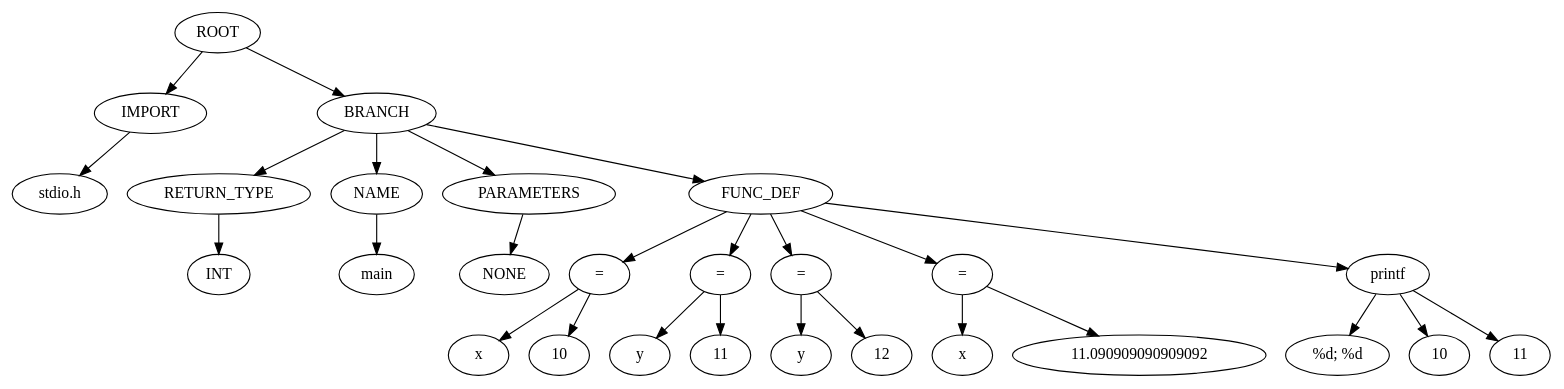
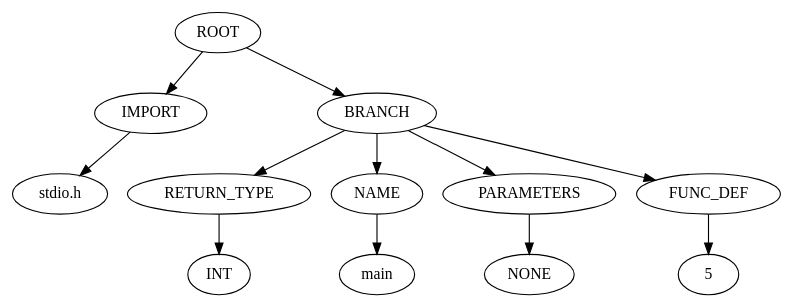
The diagram in project1/files/GeneratedAST/inputfile_graph1.gv (InteVleminckx/Compilers), drawn with Graphviz before and after one commit. The commit also changed 6 other files, not shown here.

```diff
--- a/project1/files/GeneratedAST/inputfile_graph1.gv
+++ b/project1/files/GeneratedAST/inputfile_graph1.gv
@@ -1,54 +1,24 @@
 strict digraph G{
 l11[label = "IMPORT"]
 l111[label = "BRANCH"]
 "ROOT"->"l11"
 l11131[label = "stdio.h"]
 "l11"->l11131
 "ROOT"->"l111"
 l111331[label = "RETURN_TYPE"]
 l1113311[label = "NAME"]
 l11133111[label = "PARAMETERS"]
 l111331111[label = "FUNC_DEF"]
 "l111"->"l111331"
 l11133111131[label = "INT"]
 "l111331"->l11133111131
 "l111"->"l1113311"
 l111331111331[label = "main"]
 "l1113311"->l111331111331
 "l111"->"l11133111"
 l1113311113331[label = "NONE"]
 "l11133111"->l1113311113331
 "l111"->"l111331111"
-l11133111133331[label = "="]
-l111331111333311[label = "="]
-l1113311113333111[label = "="]
-l11133111133331111[label = "="]
-l111331111333311111[label = "printf"]
-"l111331111"->"l11133111133331"
-l11133111133331111131[label = "x"]
-l111331111333311111311[label = "10"]
-"l11133111133331"->l11133111133331111131
-"l11133111133331"->l111331111333311111311
-"l111331111"->"l111331111333311"
-l111331111333311111331[label = "y"]
-l1113311113333111113311[label = "11"]
-"l111331111333311"->l111331111333311111331
-"l111331111333311"->l1113311113333111113311
-"l111331111"->"l1113311113333111"
-l1113311113333111113331[label = "y"]
-l11133111133331111133311[label = "12"]
-"l1113311113333111"->l1113311113333111113331
-"l1113311113333111"->l11133111133331111133311
-"l111331111"->"l11133111133331111"
-l11133111133331111133331[label = "x"]
-l111331111333311111333311[label = "11.090909090909092"]
-"l11133111133331111"->l11133111133331111133331
-"l11133111133331111"->l111331111333311111333311
-"l111331111"->"l111331111333311111"
-l111331111333311111333331[label = "%d; %d"]
-l1113311113333111113333311[label = "10"]
-l11133111133331111133333111[label = "11"]
-"l111331111333311111"->l111331111333311111333331
-"l111331111333311111"->l1113311113333111113333311
-"l111331111333311111"->l11133111133331111133333111
+l11133111133331[label = "5"]
+"l111331111"->l11133111133331
 }
```
